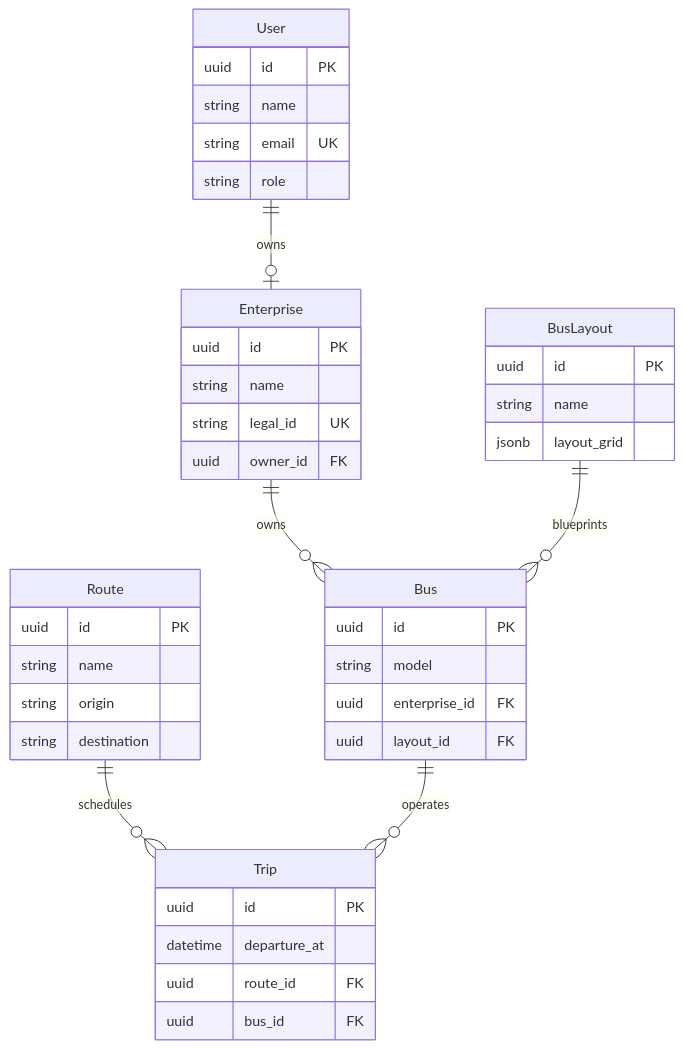
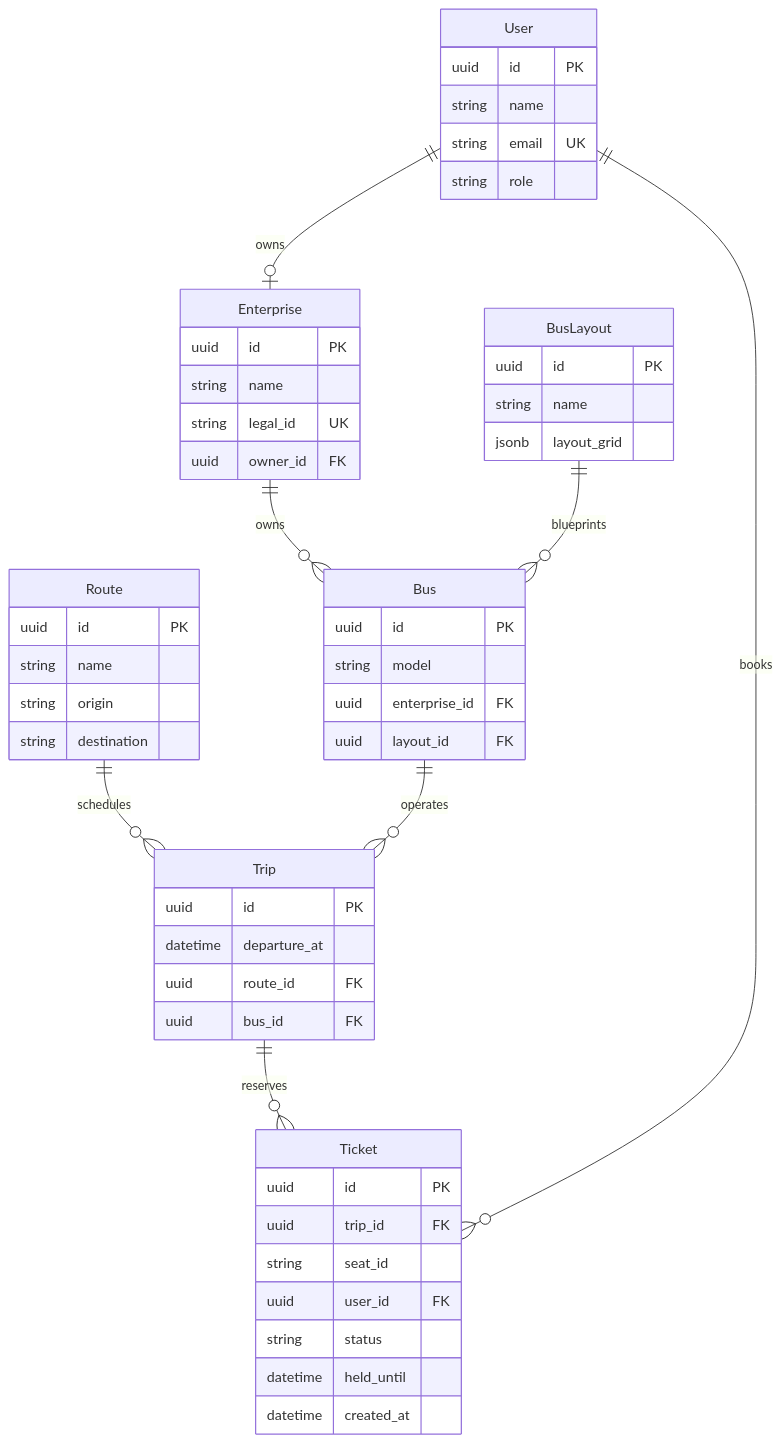
Before and after one commit to Agustin-Perezz/bus-system: the diagram in README.md, drawn with Mermaid. The commit also changed other lines of this file and 3 other files, not shown here.

Commit message:
Document the ticket seat state table and its database constraints

````diff
--- a/README.md
+++ b/README.md
@@ -12,44 +12,55 @@
 ```mermaid
 erDiagram
     User ||--o| Enterprise : "owns"
     Enterprise ||--o{ Bus : "owns"
     BusLayout ||--o{ Bus : "blueprints"
     Route ||--o{ Trip : "schedules"
     Bus ||--o{ Trip : "operates"
+    Trip ||--o{ Ticket : "reserves"
+    User ||--o{ Ticket : "books"
 
     Enterprise {
         uuid id PK
         string name
         string legal_id UK
         uuid owner_id FK
     }
     Route {
         uuid id PK
         string name
         string origin
         string destination
     }
     User {
         uuid id PK
         string name
         string email UK
         string role
     }
     BusLayout {
         uuid id PK
         string name
         jsonb layout_grid
     }
     Bus {
         uuid id PK
         string model
         uuid enterprise_id FK
         uuid layout_id FK
     }
     Trip {
         uuid id PK
         datetime departure_at
         uuid route_id FK
         uuid bus_id FK
     }
+    Ticket {
+        uuid id PK
+        uuid trip_id FK
+        string seat_id
+        uuid user_id FK
+        string status
+        datetime held_until
+        datetime created_at
+    }
 ```
````
